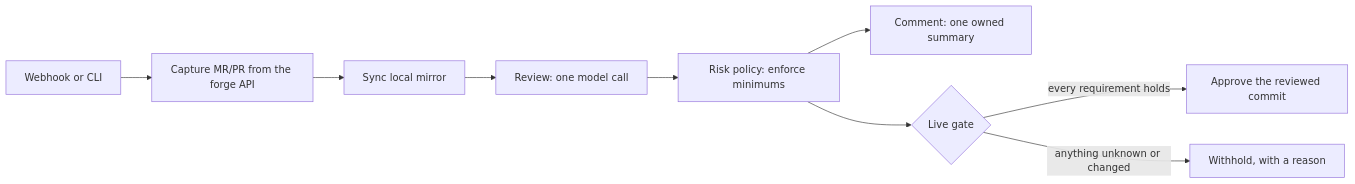
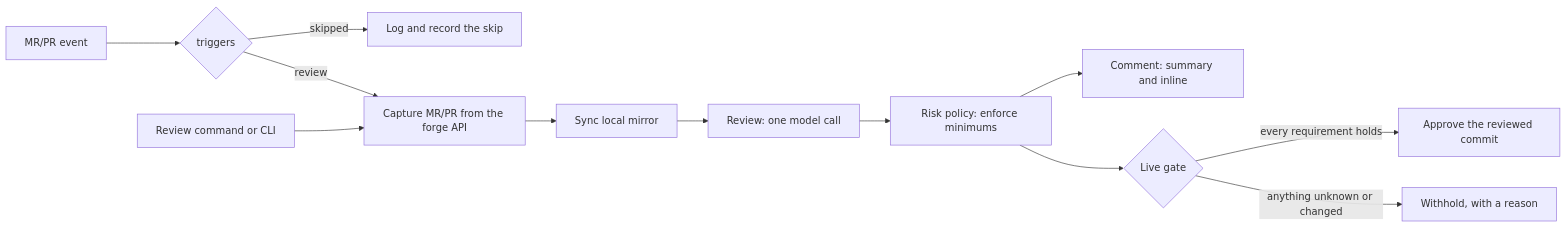
The diagram in website/docs/getting-started/how-it-works.md (kzs0/ChangeHarbor), drawn with Mermaid before and after one commit. The commit also changed other lines of this file and 118 other files, not shown here.

Commit message:
Rollout readiness: status comments, triggers, review commands, GitHub App auth, Anthropic, containers, config layout and docs (#12)

````diff
--- a/website/docs/getting-started/how-it-works.md
+++ b/website/docs/getting-started/how-it-works.md
@@ -3,11 +3,14 @@
 ```mermaid
 flowchart LR
-    W[Webhook or CLI] --> C[Capture MR/PR from the forge API]
+    W[MR/PR event] --> T{triggers}
+    T -->|skipped| S[Log and record the skip]
+    T -->|review| C[Capture MR/PR from the forge API]
+    X[Review command or CLI] --> C
     C --> M[Sync local mirror]
     M --> R[Review: one model call]
     R --> P[Risk policy: enforce minimums]
-    P --> K[Comment: one owned summary]
+    P --> K[Comment: summary and inline]
     P --> G{Live gate}
     G -->|every requirement holds| A[Approve the reviewed commit]
     G -->|anything unknown or changed| H[Withhold, with a reason]
 ```
````
